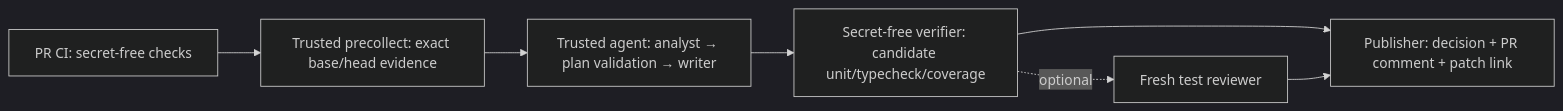
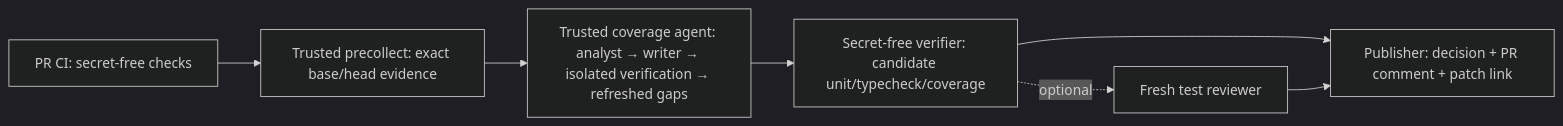
The diagram in docs/architecture.md (BigGafLeo/cloudfide), drawn with Mermaid (dark theme) before and after one commit. The commit also changed other lines of this file and 31 other files, not shown here.

Commit message:
fix(agent): iterate verified batches toward coverage goals

````diff
--- a/docs/architecture.md
+++ b/docs/architecture.md
@@ -7,9 +7,9 @@
 ```mermaid
 flowchart LR
   CI["PR CI: secret-free checks"] --> E["Trusted precollect: exact base/head evidence"]
-  E --> A["Trusted agent: analyst → plan validation → writer"]
+  E --> A["Trusted coverage agent: analyst → writer → isolated verification → refreshed gaps"]
   A --> V["Secret-free verifier: candidate unit/typecheck/coverage"]
   V --> P["Publisher: decision + PR comment + patch link"]
   V -. optional .-> R["Fresh test reviewer"]
   R --> P
 ```
````
